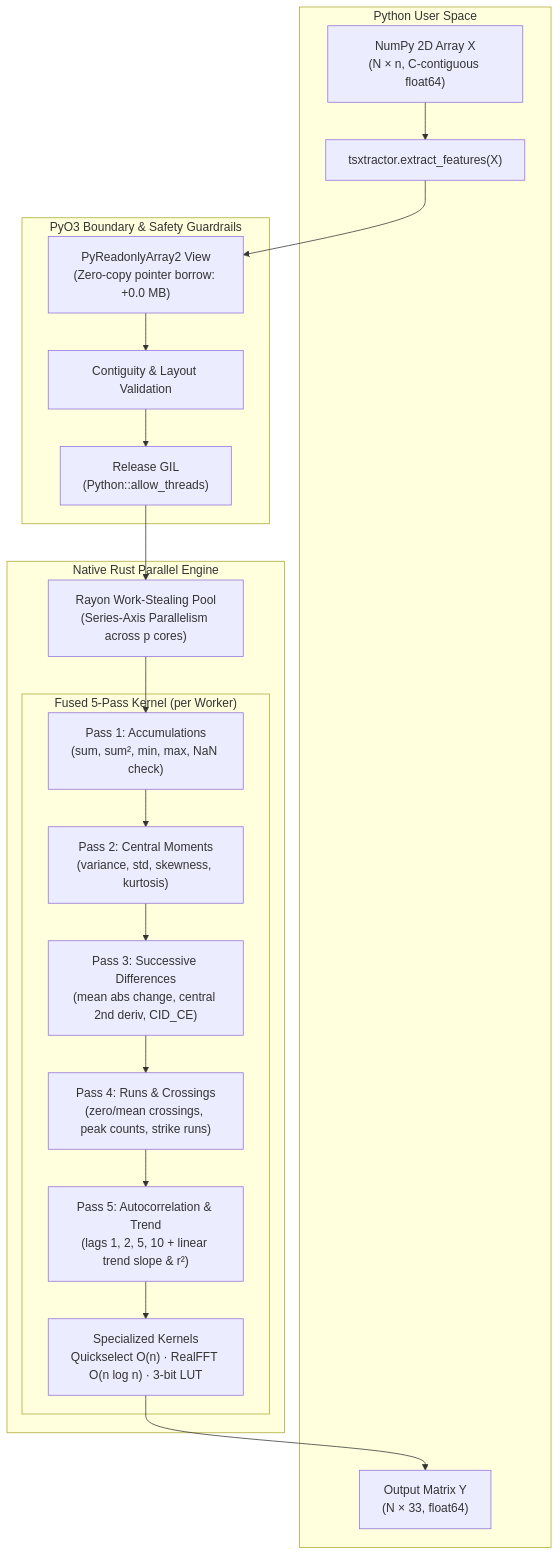
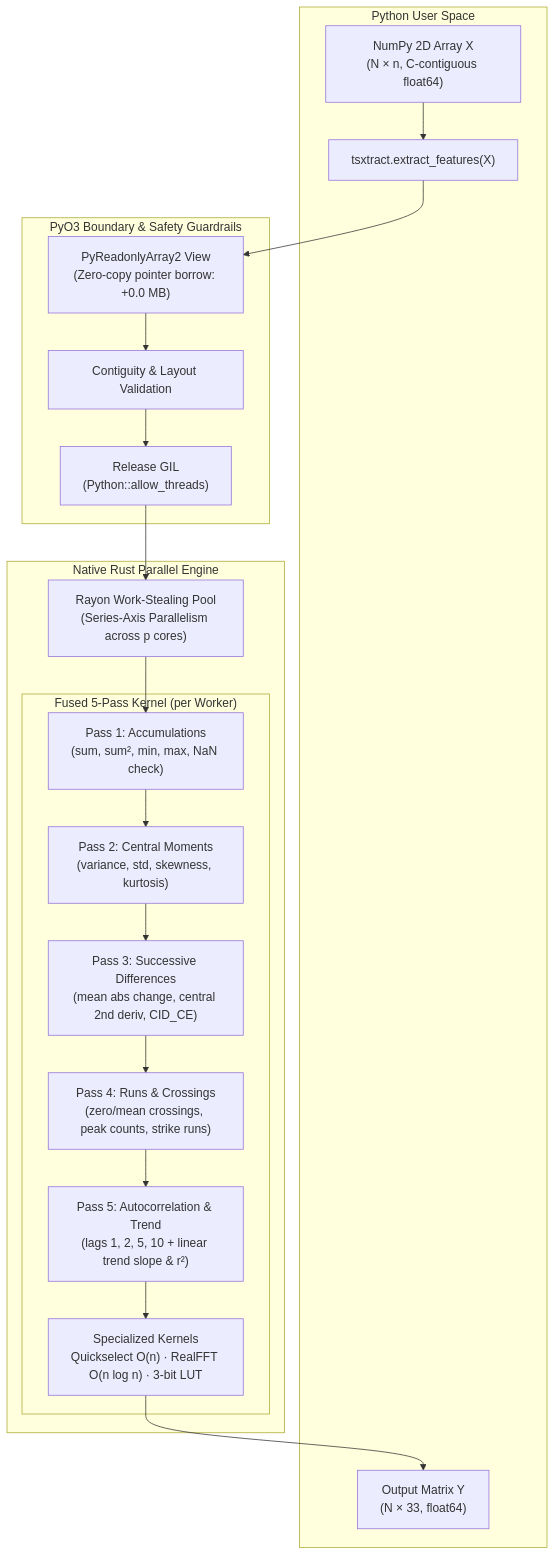
Before and after one commit to Aamodx6/Kymora: the diagram in landing/src/docs/content/performance.md, drawn with Mermaid. The commit also changed other lines of this file and 119 other files, not shown here.

````diff
--- a/landing/src/docs/content/performance.md
+++ b/landing/src/docs/content/performance.md
@@ -31,31 +31,31 @@
 ```mermaid
 flowchart TD
     subgraph PY["Python User Space"]
         INPUT["NumPy 2D Array X\n(N × n, C-contiguous float64)"]
-        CALL["tsxtractor.extract_features(X)"]
+        CALL["tsxtract.extract_features(X)"]
         OUTPUT["Output Matrix Y\n(N × 33, float64)"]
     end
 
     subgraph FFI["PyO3 Boundary & Safety Guardrails"]
         BORROW["PyReadonlyArray2 View\n(Zero-copy pointer borrow: +0.0 MB)"]
         CHECK["Contiguity & Layout Validation"]
         DETACH["Release GIL\n(Python::allow_threads)"]
     end
 
     subgraph CORE["Native Rust Parallel Engine"]
         RAYON["Rayon Work-Stealing Pool\n(Series-Axis Parallelism across p cores)"]
         
         subgraph KERNEL["Fused 5-Pass Kernel (per Worker)"]
             P1["Pass 1: Accumulations\n(sum, sum², min, max, NaN check)"]
             P2["Pass 2: Central Moments\n(variance, std, skewness, kurtosis)"]
             P3["Pass 3: Successive Differences\n(mean abs change, central 2nd deriv, CID_CE)"]
             P4["Pass 4: Runs & Crossings\n(zero/mean crossings, peak counts, strike runs)"]
             P5["Pass 5: Autocorrelation & Trend\n(lags 1, 2, 5, 10 + linear trend slope & r²)"]
             SPEC["Specialized Kernels\nQuickselect O(n) · RealFFT O(n log n) · 3-bit LUT"]
         end
     end
 
     INPUT --> CALL --> BORROW --> CHECK --> DETACH --> RAYON
     RAYON --> P1 --> P2 --> P3 --> P4 --> P5 --> SPEC
     SPEC --> OUTPUT
 ```
````
